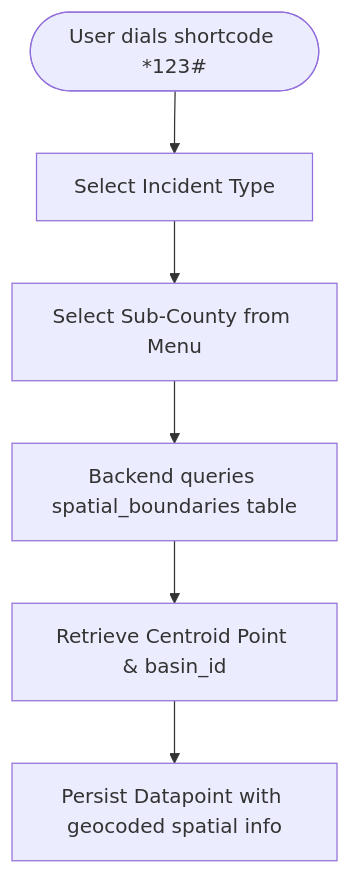
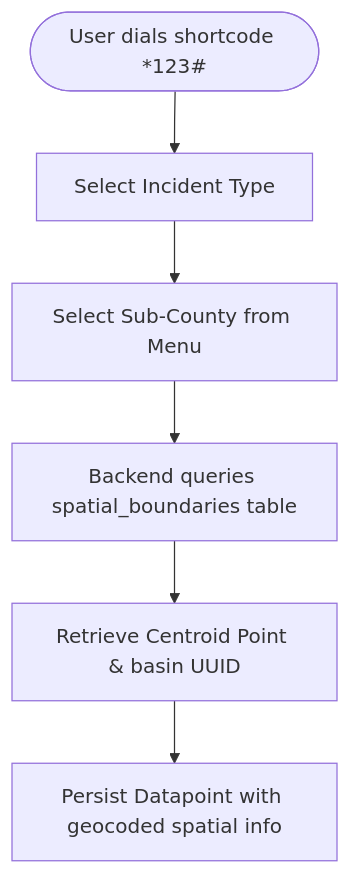
One commit to akvo/nbd-phase-1 changed the diagram in docs/prd/spatial_boundaries_prd.md. Above: the diagram before and after it, drawn with Mermaid. The commit also changed other lines of this file and 5 other files, not shown here.

Commit message:
[#14] docs(spatial): align schema and api contracts with UUID spatial refactor

````diff
--- a/docs/prd/spatial_boundaries_prd.md
+++ b/docs/prd/spatial_boundaries_prd.md
@@ -73,8 +73,8 @@
 ```mermaid
 flowchart TD
     A([User dials shortcode *123#]) --> B[Select Incident Type]
     B --> C[Select Sub-County from Menu]
     C --> D[Backend queries spatial_boundaries table]
-    D --> E[Retrieve Centroid Point & basin_id]
+    D --> E[Retrieve Centroid Point & basin UUID]
     E --> F[Persist Datapoint with geocoded spatial info]
 ```
````
